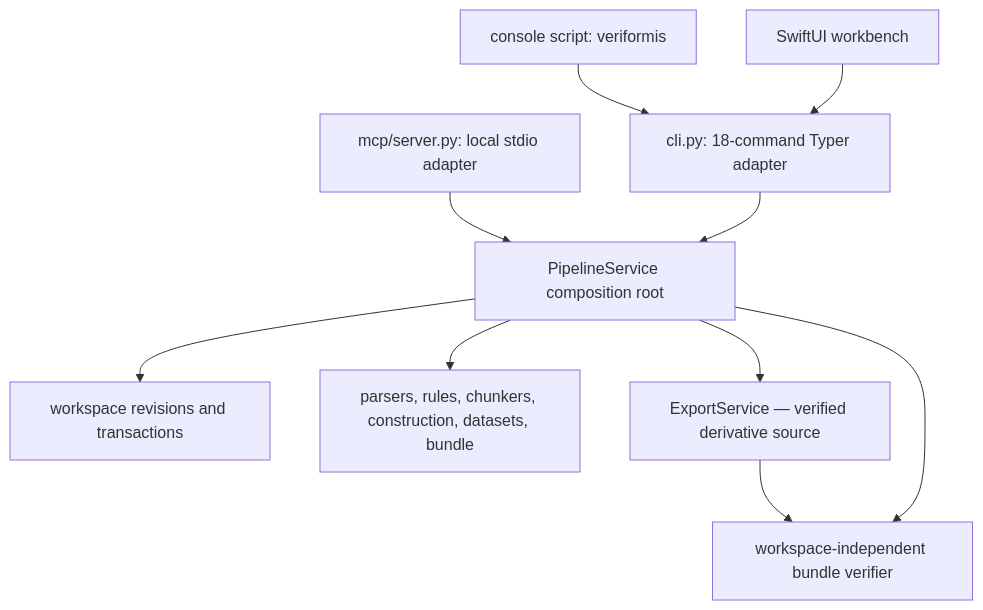
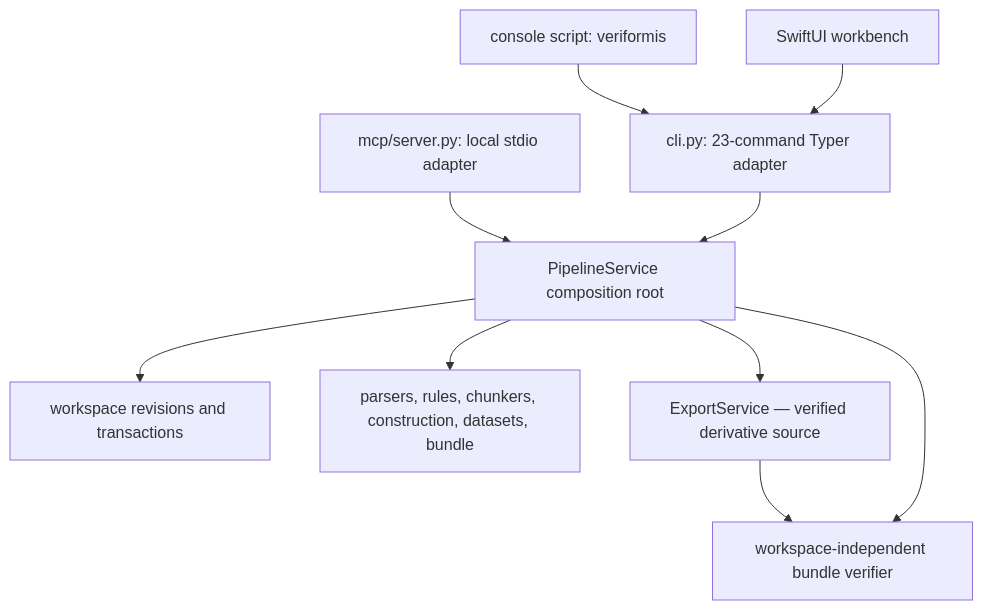
One commit to ogprotege/Veriformis changed the first of 2 diagrams in docs/architecture/entry-points.md. Above: the diagram before and after it, drawn with Mermaid. The commit also changed other lines of this file and 46 other files, not shown here.

````diff
--- a/docs/architecture/entry-points.md
+++ b/docs/architecture/entry-points.md
@@ -38,12 +39,12 @@
 ```mermaid
 flowchart TD
-    script["console script: veriformis"] --> cli["cli.py: 18-command Typer adapter"]
+    script["console script: veriformis"] --> cli["cli.py: 23-command Typer adapter"]
     mcp["mcp/server.py: local stdio adapter"] --> service["PipelineService composition root"]
     cli --> service
     mac["SwiftUI workbench"] --> cli
     service --> workspace["workspace revisions and transactions"]
     service --> domains["parsers, rules, chunkers, construction, datasets, bundle"]
     service --> exports["ExportService — verified derivative source"]
     exports --> verifier
     service --> verifier["workspace-independent bundle verifier"]
 ```
````
